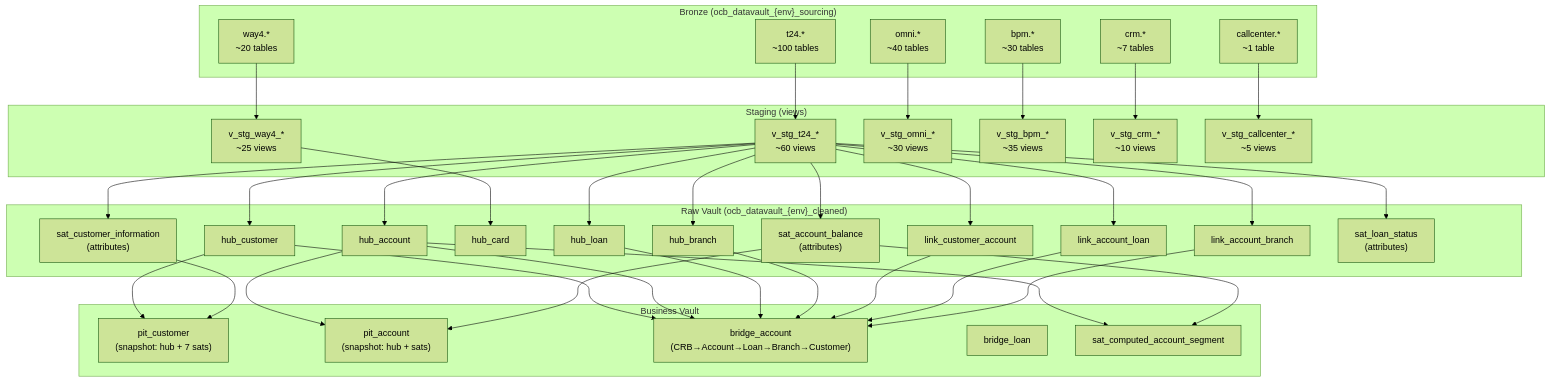
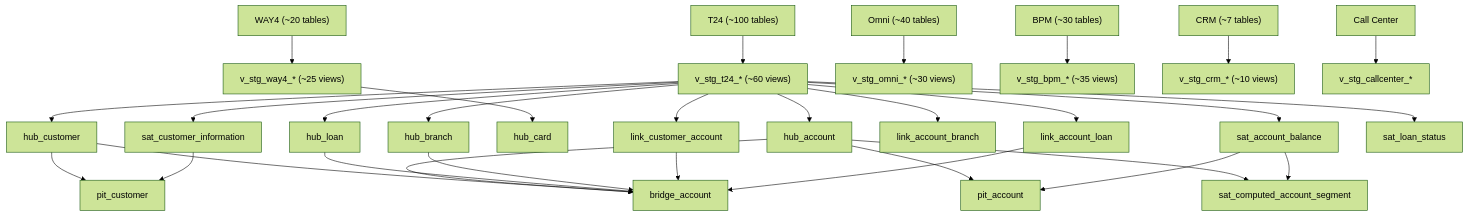
One commit to Tipiii/dbt_data_pipeline changed the second of 2 diagrams in readmechck.md. Above: the diagram before and after it, drawn with Mermaid (forest theme). The commit also changed other lines of this file, not shown here.

````diff
--- a/readmechck.md
+++ b/readmechck.md
@@ -546,65 +158,19 @@
 ```mermaid
 flowchart TD
-    subgraph Bronze["Bronze (ocb_datavault_{env}_sourcing)"]
-        SRC_T24["t24.*\n~100 tables"]
-        SRC_W4["way4.*\n~20 tables"]
-        SRC_OM["omni.*\n~40 tables"]
-        SRC_BP["bpm.*\n~30 tables"]
-        SRC_CR["crm.*\n~7 tables"]
-        SRC_CC["callcenter.*\n~1 table"]
-    end
+    T24["T24 (~100 tables)"] --> V_T24["v_stg_t24_* (~60 views)"]
+    WAY4["WAY4 (~20 tables)"] --> V_W4["v_stg_way4_* (~25 views)"]
+    Omni["Omni (~40 tables)"] --> V_OM["v_stg_omni_* (~30 views)"]
+    BPM["BPM (~30 tables)"] --> V_BP["v_stg_bpm_* (~35 views)"]
+    CRM["CRM (~7 tables)"] --> V_CR["v_stg_crm_* (~10 views)"]
+    CC["Call Center"] --> V_CC["v_stg_callcenter_*"]
 
-    subgraph Staging["Staging (views)"]
-        V_T24["v_stg_t24_*\n~60 views"]
-        V_W4["v_stg_way4_*\n~25 views"]
-        V_OM["v_stg_omni_*\n~30 views"]
-        V_BP["v_stg_bpm_*\n~35 views"]
-        V_CR["v_stg_crm_*\n~10 views"]
-        V_CC["v_stg_callcenter_*\n~5 views"]
-    end
+    V_T24 --> hub_customer & hub_account & hub_loan & hub_branch
+    V_W4 --> hub_card
+    V_T24 --> link_customer_account & link_account_loan & link_account_branch
+    V_T24 --> sat_customer_information & sat_account_balance & sat_loan_status
 
-    subgraph RV["Raw Vault (ocb_datavault_{env}_cleaned)"]
-        HUB_C["hub_customer"]
-        HUB_A["hub_account"]
-        HUB_L["hub_loan"]
-        HUB_CARD["hub_card"]
-        HUB_BR["hub_branch"]
-
-        LNK_CA["link_customer_account"]
-        LNK_AL["link_account_loan"]
-        LNK_AB["link_account_branch"]
-
-        SAT_CI["sat_customer_information\n(attributes)"]
-        SAT_AB["sat_account_balance\n(attributes)"]
-        SAT_LS["sat_loan_status\n(attributes)"]
-    end
-
-    subgraph BV["Business Vault"]
-        PIT_C["pit_customer\n(snapshot: hub + 7 sats)"]
-        PIT_A["pit_account\n(snapshot: hub + sats)"]
-        BRG_A["bridge_account\n(CRB→Account→Loan→Branch→Customer)"]
-        BRG_L["bridge_loan"]
-        SATC["sat_computed_account_segment"]
-    end
-
-    SRC_T24 --> V_T24
-    SRC_W4 --> V_W4
-    SRC_OM --> V_OM
-    SRC_BP --> V_BP
-    SRC_CR --> V_CR
-    SRC_CC --> V_CC
-
-    V_T24 --> HUB_C & HUB_A & HUB_L & HUB_BR
-    V_W4 --> HUB_CARD
-    V_T24 --> LNK_CA & LNK_AL & LNK_AB
-    V_T24 --> SAT_CI & SAT_AB & SAT_LS
-
-    HUB_C --> PIT_C
-    SAT_CI --> PIT_C
-
-    HUB_A --> PIT_A
-    SAT_AB --> PIT_A
-
-    HUB_C & HUB_A & HUB_L & HUB_BR & LNK_CA & LNK_AL & LNK_AB --> BRG_A
-    HUB_A & SAT_AB --> SATC
+    hub_customer & sat_customer_information --> pit_customer
+    hub_account & sat_account_balance --> pit_account
+    hub_customer & hub_account & hub_loan & hub_branch & link_customer_account & link_account_loan --> bridge_account
+    hub_account & sat_account_balance --> sat_computed_account_segment
 ```
````
